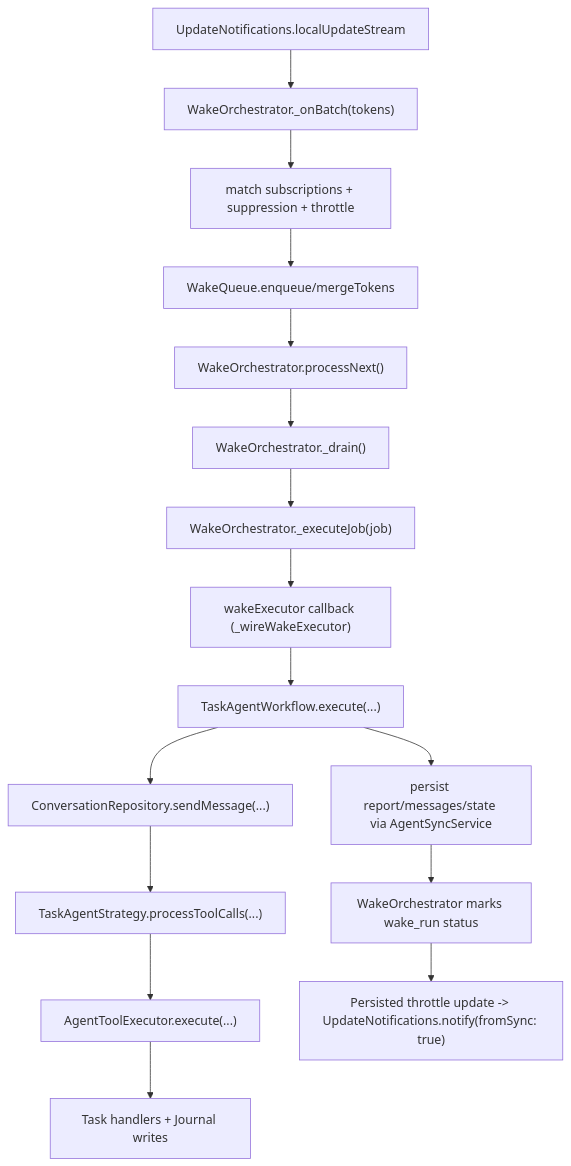
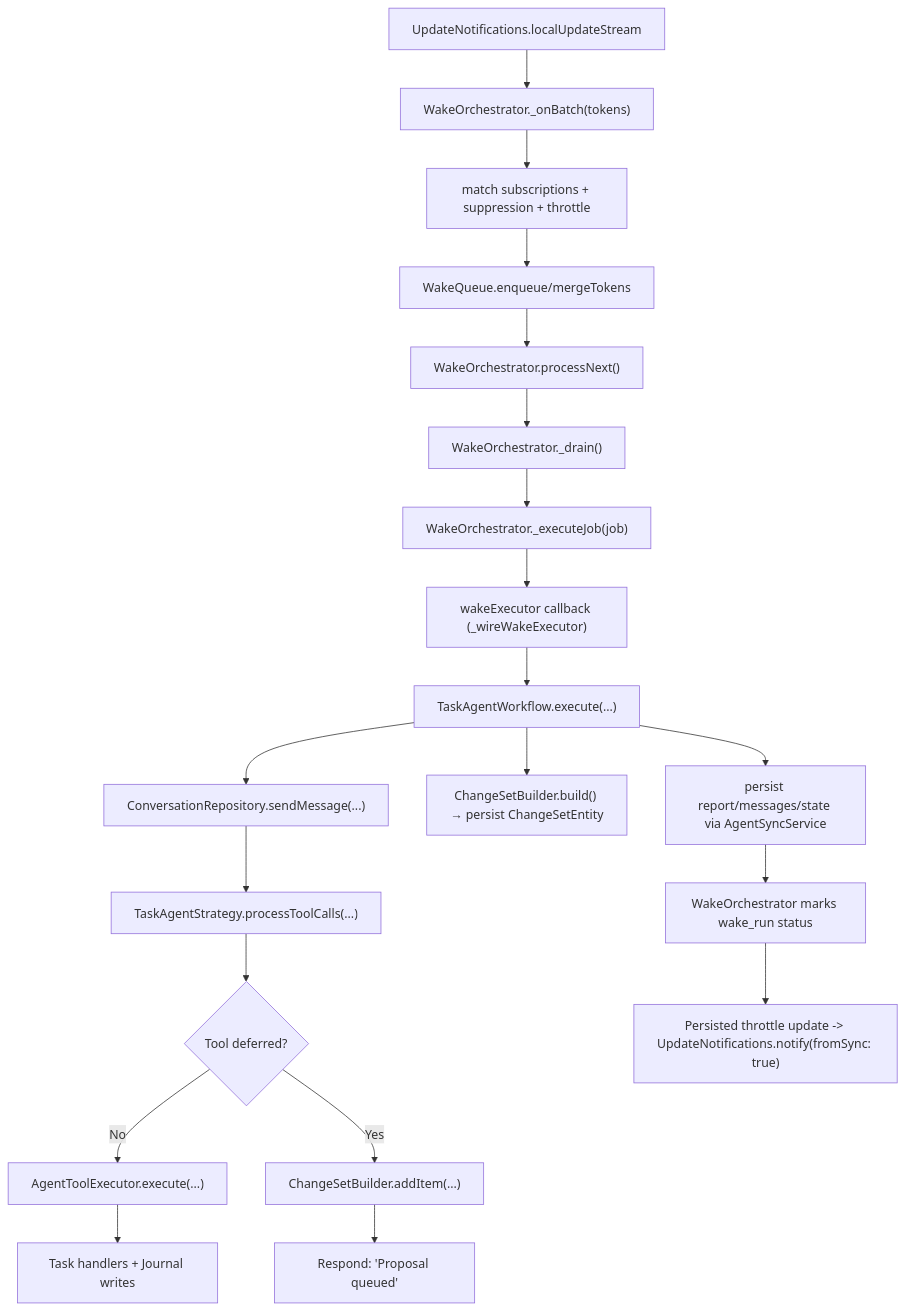
The second of 7 diagrams in lib/features/agents/README.md (matthiasn/lotti), drawn with Mermaid before and after one commit. The commit also changed other lines of this file and 37 other files, not shown here.

````diff
--- a/lib/features/agents/README.md
+++ b/lib/features/agents/README.md
@@ -59,18 +67,22 @@
 ```mermaid
 flowchart TD
   A["UpdateNotifications.localUpdateStream"] --> B["WakeOrchestrator._onBatch(tokens)"]
   B --> C["match subscriptions + suppression + throttle"]
   C --> D["WakeQueue.enqueue/mergeTokens"]
   D --> E["WakeOrchestrator.processNext()"]
   E --> F["WakeOrchestrator._drain()"]
   F --> G["WakeOrchestrator._executeJob(job)"]
   G --> H["wakeExecutor callback (_wireWakeExecutor)"]
   H --> I["TaskAgentWorkflow.execute(...)"]
   I --> J["ConversationRepository.sendMessage(...)"]
   J --> K["TaskAgentStrategy.processToolCalls(...)"]
-  K --> L["AgentToolExecutor.execute(...)"]
-  L --> M["Task handlers + Journal writes"]
-  I --> N["persist report/messages/state via AgentSyncService"]
-  N --> O["WakeOrchestrator marks wake_run status"]
-  O --> P["Persisted throttle update -> UpdateNotifications.notify(fromSync: true)"]
+  K --> L{"Tool deferred?"}
+  L -->|No| M["AgentToolExecutor.execute(...)"]
+  M --> N["Task handlers + Journal writes"]
+  L -->|Yes| O["ChangeSetBuilder.addItem(...)"]
+  O --> P["Respond: 'Proposal queued'"]
+  I --> Q["ChangeSetBuilder.build() → persist ChangeSetEntity"]
+  I --> R["persist report/messages/state via AgentSyncService"]
+  R --> S["WakeOrchestrator marks wake_run status"]
+  S --> T["Persisted throttle update -> UpdateNotifications.notify(fromSync: true)"]
 ```
````
